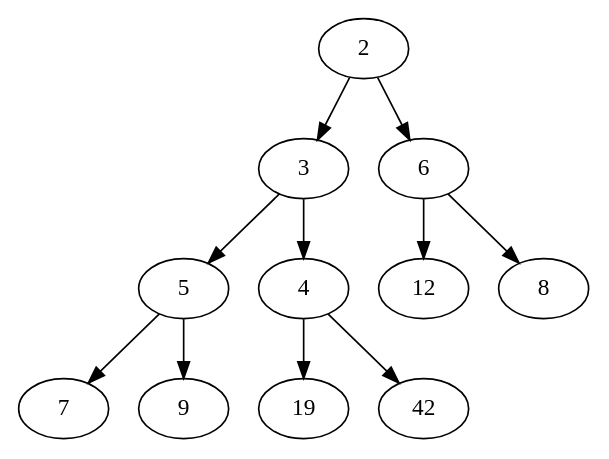
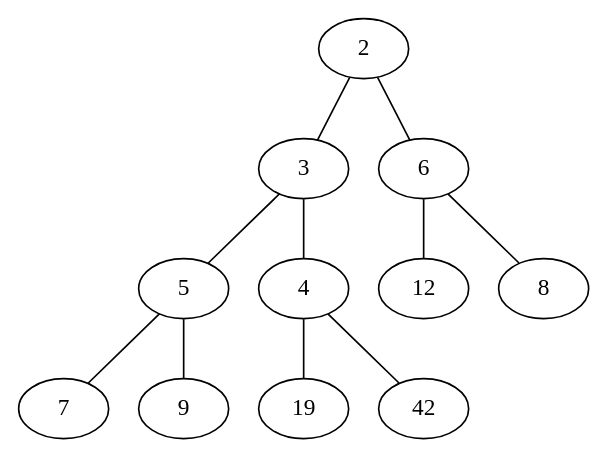
Before and after one commit to azolus/dstructOn: the diagram in heap/assets/heap_extract_1.dot, drawn with Graphviz. The commit also changed 20 other files, not shown here.

Commit message:
docs: change graph edges from arrows to lines

```diff
--- a/heap/assets/heap_extract_1.dot
+++ b/heap/assets/heap_extract_1.dot
@@ -1,12 +1,12 @@
-digraph G {
-	2 -> 3;
-	2 -> 6;
-	3 -> 5;
-	3 -> 4;
-	6 -> 12;
-	6 -> 8;
-	5 -> 7;
-	5 -> 9;
-	4 -> 19;
-	4 -> 42;
+graph G {
+	2 -- 3;
+	2 -- 6;
+	3 -- 5;
+	3 -- 4;
+	6 -- 12;
+	6 -- 8;
+	5 -- 7;
+	5 -- 9;
+	4 -- 19;
+	4 -- 42;
 }
```
